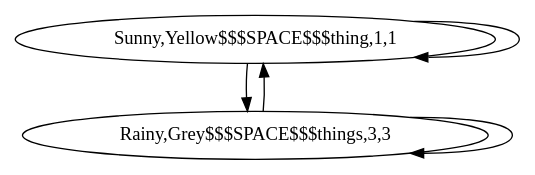
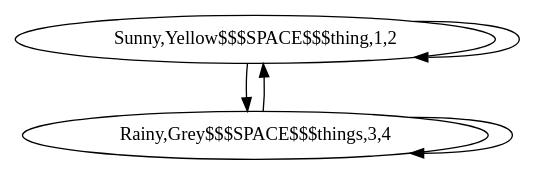
One commit to richelbilderbeek/boost_graph_cookbook_1 changed the diagram in BoostGraphTutorial/create_custom_vertices_markov_chain.dot. Above: the diagram before and after it, drawn with Graphviz. The commit also changed 69 other files, not shown here.

```diff
--- a/BoostGraphTutorial/create_custom_vertices_markov_chain.dot
+++ b/BoostGraphTutorial/create_custom_vertices_markov_chain.dot
@@ -1,8 +1,8 @@
 digraph G {
-0[label="Sunny,Yellow$$$SPACE$$$thing,1,1"];
-1[label="Rainy,Grey$$$SPACE$$$things,3,3"];
+0[label="Sunny,Yellow$$$SPACE$$$thing,1,2"];
+1[label="Rainy,Grey$$$SPACE$$$things,3,4"];
 0->0 ;
 0->1 ;
 1->0 ;
 1->1 ;
 }
```
